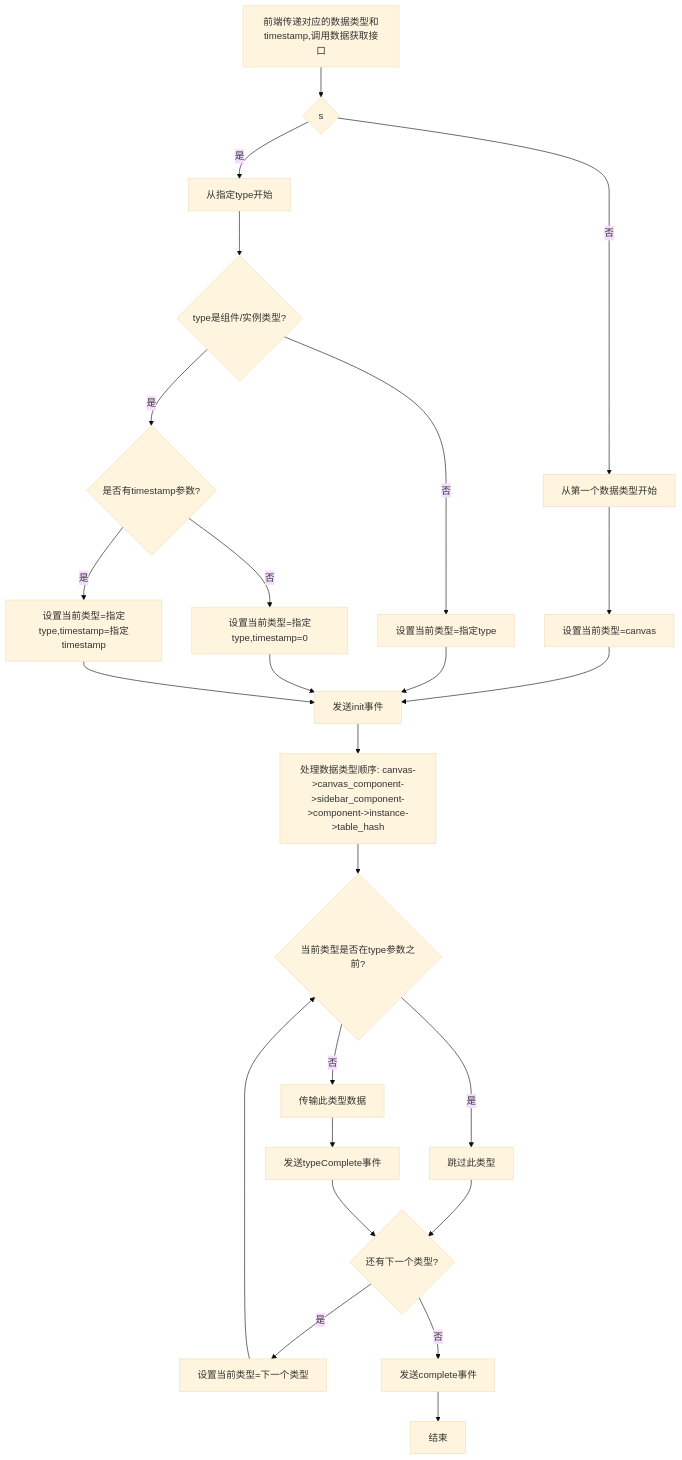
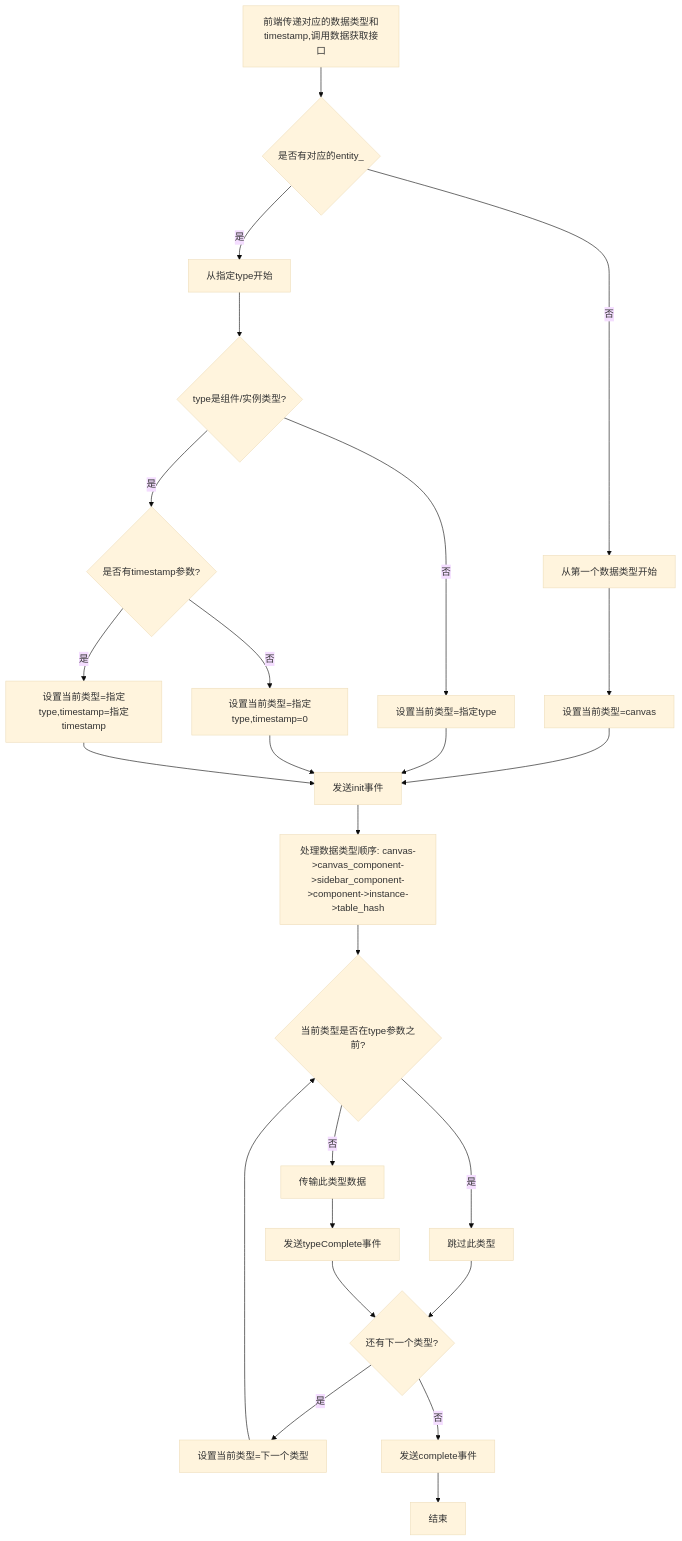
One commit to yingjianzh/iodraw-files changed the diagram in all/未命名-59.md. Above: the diagram before and after it, drawn with Mermaid (base theme).

Commit message:
2025-05-14 15:30:29 update

````diff
--- a/all/未命名-59.md
+++ b/all/未命名-59.md
@@ -1,37 +1,37 @@
 ```mermaid
 flowchart TD
-    A[前端传递对应的数据类型和timestamp,调用数据获取接口] --> B{s}
+    A[前端传递对应的数据类型和timestamp,调用数据获取接口] --> B{是否有对应的entity_}
     
     B -->|否| C[从第一个数据类型开始]
     B -->|是| D[从指定type开始]
     
     C --> E[设置当前类型=canvas]
     D --> F{type是组件/实例类型?}
     
     F -->|否| G[设置当前类型=指定type]
     F -->|是| H{是否有timestamp参数?}
     
     H -->|否| I[设置当前类型=指定type,timestamp=0]
     H -->|是| J[设置当前类型=指定type,timestamp=指定timestamp]
     
     E --> K[发送init事件]
     G --> K
     I --> K
     J --> K
     
     K --> L[处理数据类型顺序: canvas->canvas_component->sidebar_component->component->instance->table_hash]
     
     L --> M{当前类型是否在type参数之前?}
     M -->|是| N[跳过此类型]
     M -->|否| O[传输此类型数据]
     
     N --> P{还有下一个类型?}
     O --> Q[发送typeComplete事件]
     Q --> P
     
     P -->|是| R[设置当前类型=下一个类型]
     P -->|否| S[发送complete事件]
     
     R --> M
     S --> T[结束]
 ```
````
